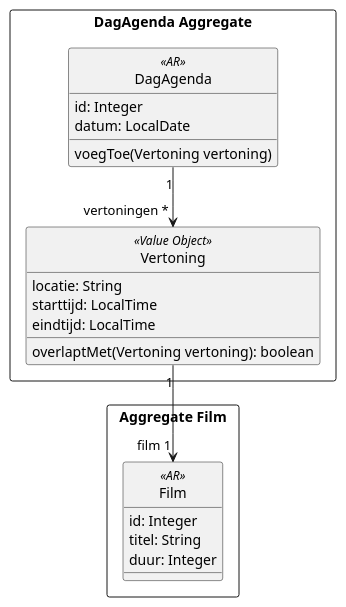
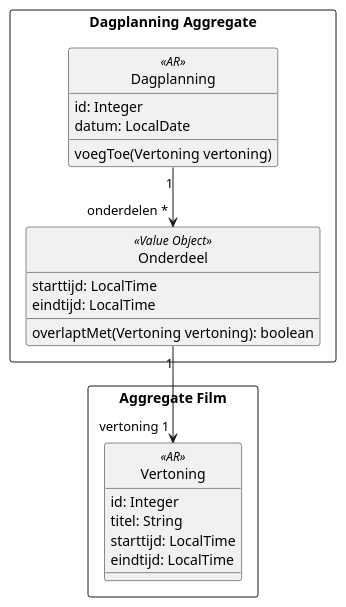
The diagram in weekopdracht/casusbeschrijving/klassendiagram-domein.puml (AIM-ENE/doex-opdracht-3), drawn with PlantUML before and after one commit. The commit also changed 4 other files, not shown here.

```diff
--- a/weekopdracht/casusbeschrijving/klassendiagram-domein.puml
+++ b/weekopdracht/casusbeschrijving/klassendiagram-domein.puml
@@ -1,31 +1,31 @@
 @startuml
 
 hide circle
 
-rectangle "DagAgenda Aggregate" {
-    class DagAgenda <<AR>> {
+rectangle "Dagplanning Aggregate" {
+    class Dagplanning <<AR>> {
         id: Integer
         datum: LocalDate
         voegToe(Vertoning vertoning)
     }
 
-    class Vertoning <<Value Object>> {
-        locatie: String
+    class Onderdeel <<Value Object>> {
         starttijd: LocalTime
         eindtijd: LocalTime
         overlaptMet(Vertoning vertoning): boolean
     }
 }
 
 rectangle "Aggregate Film\n" {
-    class Film <<AR>> {
+    class Vertoning <<AR>> {
         id: Integer
         titel: String
-        duur: Integer
+        starttijd: LocalTime
+        eindtijd: LocalTime
 }
 
-DagAgenda "1" --> " vertoningen *" Vertoning
+Dagplanning "1" --> " onderdelen *" Onderdeel
 
-Vertoning "1" --> "film 1" Film
+Onderdeel "1" --> "vertoning 1" Vertoning
 
 @enduml
```
